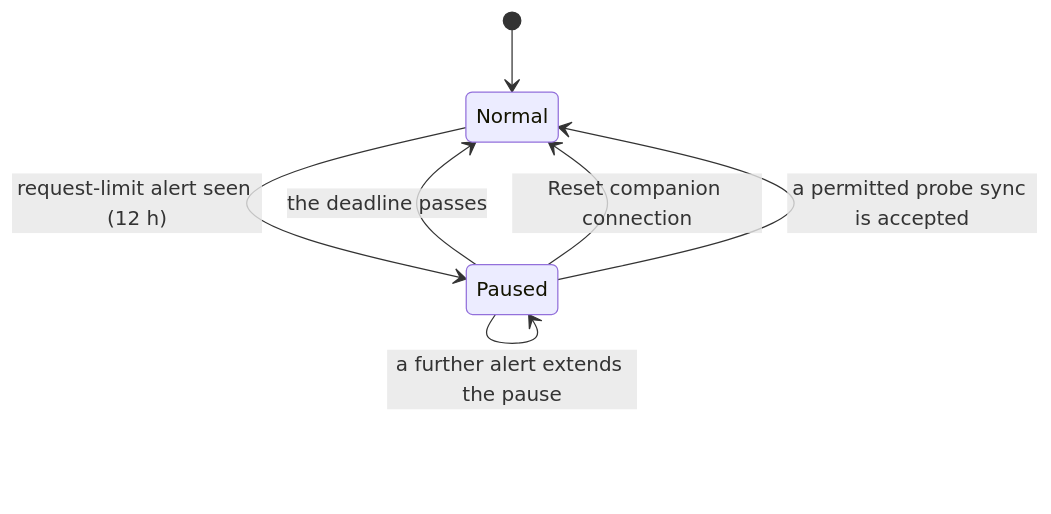
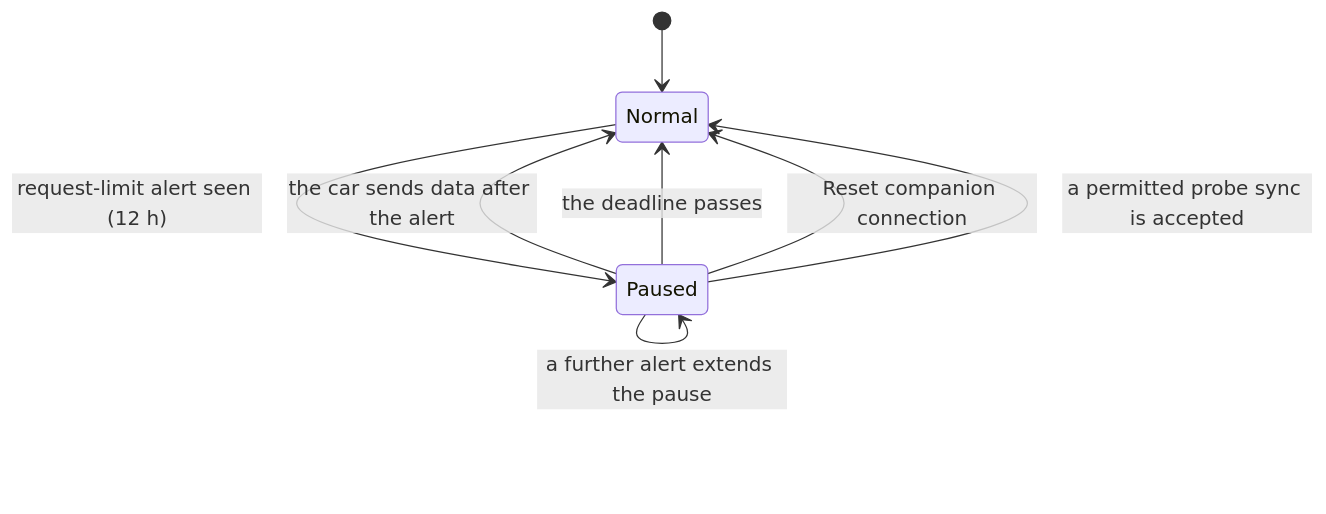
One commit to gszigethy/vwgroup-connect-ha changed the third of 4 diagrams in docs/COMPANION.md. Above: the diagram before and after it, drawn with Mermaid. The commit also changed other lines of this file and 4 other files, not shown here.

Commit message:
Companion: end the request-limit pause when the car sends new data

````diff
--- a/docs/COMPANION.md
+++ b/docs/COMPANION.md
@@ -495,9 +499,10 @@
 ```mermaid
 stateDiagram-v2
     [*] --> Normal
     Normal --> Paused: request-limit alert seen (12 h)
     Paused --> Paused: a further alert extends the pause
+    Paused --> Normal: the car sends data after the alert
     Paused --> Normal: the deadline passes
     Paused --> Normal: Reset companion connection
     Paused --> Normal: a permitted probe sync is accepted
 ```
````
